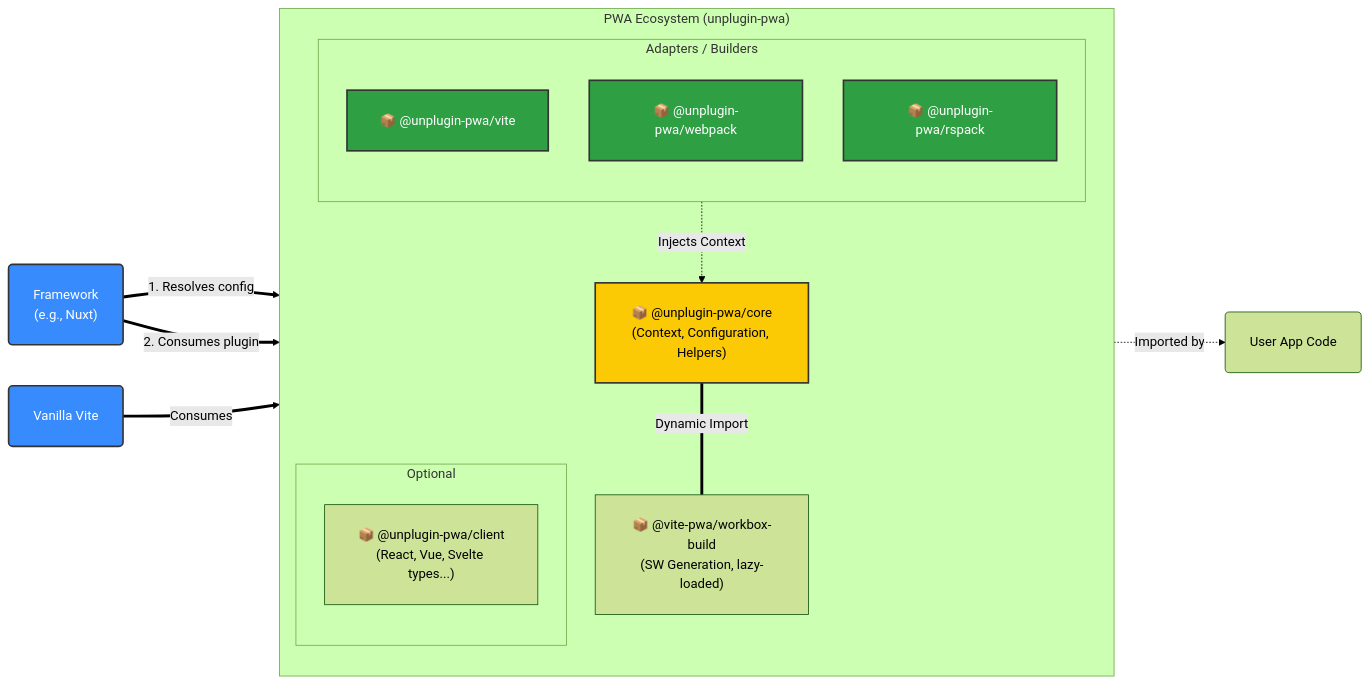
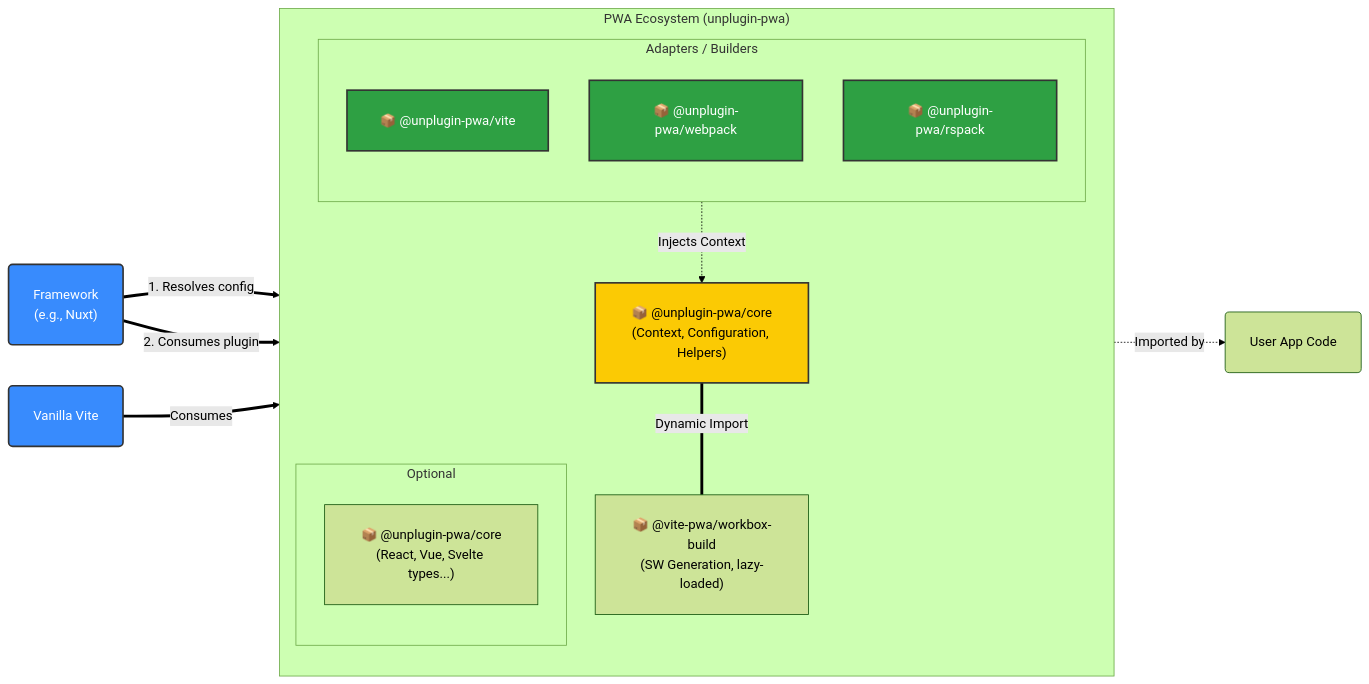
One commit to vite-pwa/docs changed the first of 3 diagrams in unplugin-pwa/architecture.md. Above: the diagram before and after it, drawn with Mermaid (forest theme).

Commit message:
chore: fix the arch. diagram, use core instead client

````diff
--- a/unplugin-pwa/architecture.md
+++ b/unplugin-pwa/architecture.md
@@ -10,44 +10,44 @@
 ```mermaid
 flowchart LR
 %% External Consumers
     Nuxt("<div style='padding: 10px 15px;'>Framework<br>(e.g., Nuxt)</div>")
     Vanilla("<div style='padding: 10px 15px;'>Vanilla Vite</div>")
     App("<div style='padding: 10px 15px;'>User App Code</div>")
 
     subgraph Monorepo ["PWA Ecosystem (unplugin-pwa)"]
         direction TB
 
         subgraph Builders ["Adapters / Builders"]
             direction TB
             Vite["<div style='padding: 10px'>📦 @unplugin-pwa/vite</div>"]
             Webpack["<div style='padding: 10px'>📦 @unplugin-pwa/webpack</div>"]
             Rspack["<div style='padding: 10px'>📦 @unplugin-pwa/rspack</div>"]
         end
 
         Core["<div style='padding: 10px'>📦 @unplugin-pwa/core<br>(Context, Configuration, Helpers)</div>"]
         WB["<div style='padding: 10px'>📦 @vite-pwa/workbox-build<br>(SW Generation, lazy-loaded)</div>"]
 
         subgraph Extras ["Optional"]
-            Client["<div style='padding: 10px'>📦 @unplugin-pwa/client<br>(React, Vue, Svelte types...)</div>"]
+            Client["<div style='padding: 10px'>📦 @unplugin-pwa/core<br>(React, Vue, Svelte types...)</div>"]
         end
 
     %% Internal Relations
         Builders -. "Injects Context" .-> Core
         Core == "Dynamic Import" === WB
     end
 
 %% External Connections
     Nuxt ==>|1. Resolves config| Core
     Nuxt ==>|2. Consumes plugin| Vite
     Vanilla ==>|Consumes| Vite
     Client -. "Imported by" .-> App
 
 %% Styles
     classDef core fill:#fbca04,stroke:#333,stroke-width:2px,color:black;
     classDef builder fill:#2ea043,stroke:#333,stroke-width:2px,color:white;
     classDef framework fill:#388bfd,stroke:#333,stroke-width:2px,color:white;
 
     class Core core;
     class Vite,Webpack,Rspack builder;
     class Nuxt,Vanilla framework;
 ```
````
